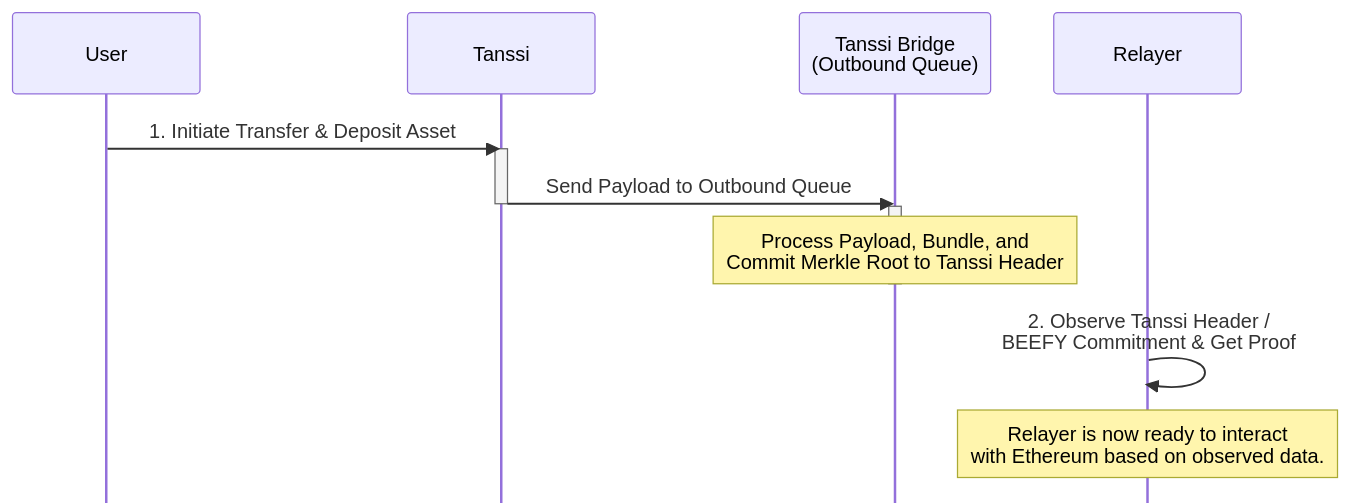
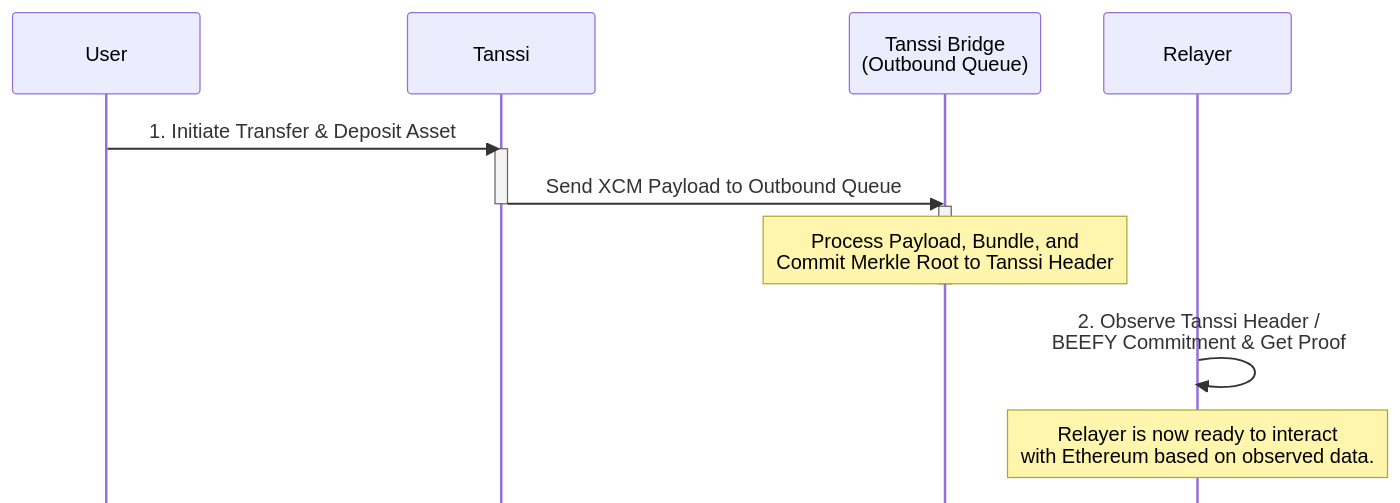
The sixth of 7 diagrams in learn/tanssi/tanssi-ethereum-bridge.md (moondance-labs/tanssi-docs), drawn with Mermaid before and after one commit. The commit also changed other lines of this file and 4 other files, not shown here.

````diff
--- a/learn/tanssi/tanssi-ethereum-bridge.md
+++ b/learn/tanssi/tanssi-ethereum-bridge.md
@@ -206,20 +204,20 @@
 ```mermaid
 sequenceDiagram
     %%{init: {'sequence': {'mirrorActors': false}}}%%
     participant User
     participant TAH as Tanssi
     participant TBP as Tanssi Bridge<br/> (Outbound Queue)
     participant Relayer
 
     User->>TAH: 1. Initiate Transfer & Deposit Asset
     activate TAH
-    TAH->>TBP: Send Payload to Outbound Queue
+    TAH->>TBP: Send XCM Payload to Outbound Queue
     deactivate TAH
 
     activate TBP
     Note over TBP: Process Payload, Bundle, and<br/>Commit Merkle Root to Tanssi Header
     deactivate TBP
 
     Relayer->>Relayer: 2. Observe Tanssi Header /<br/>BEEFY Commitment & Get Proof
     Note over Relayer: Relayer is now ready to interact<br/>with Ethereum based on observed data.
 ```
````
